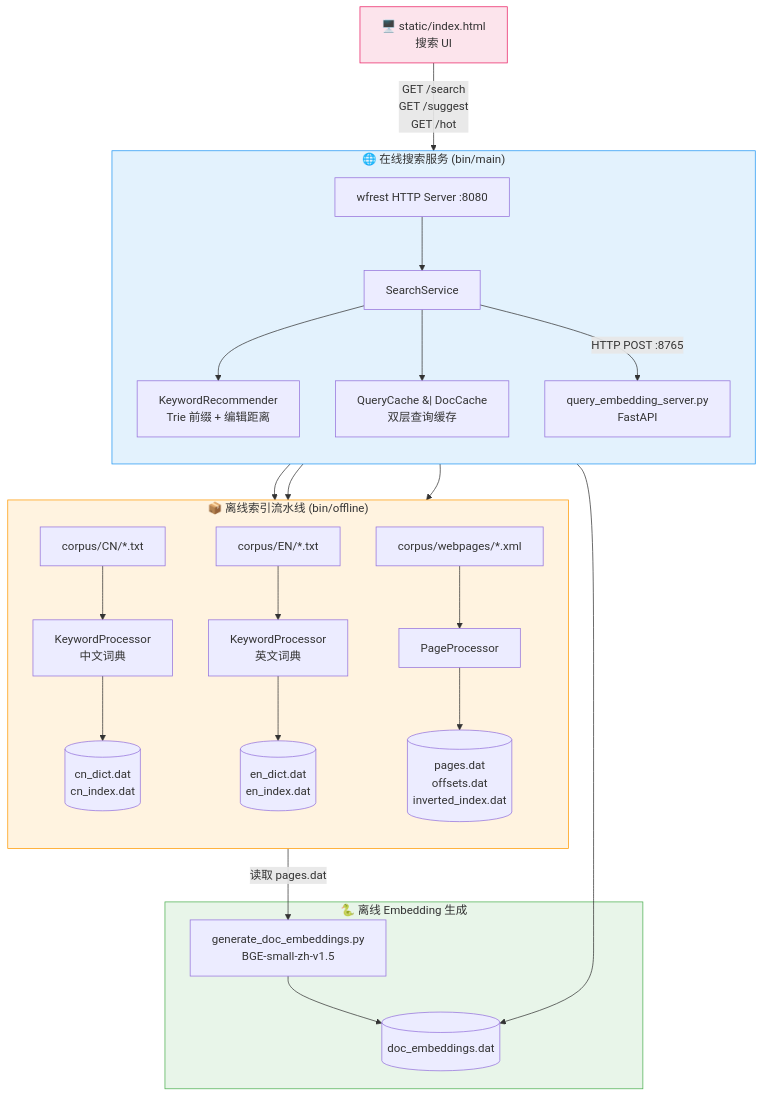
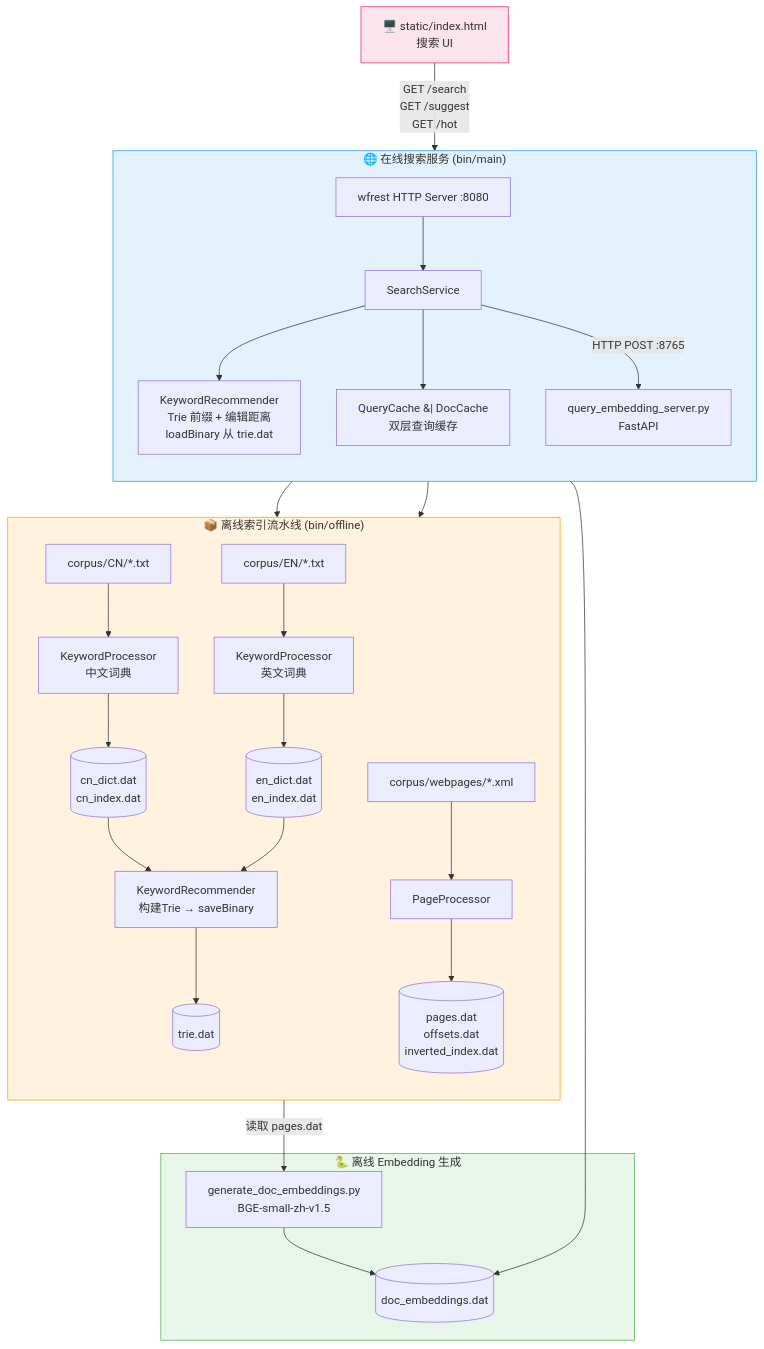
Before and after one commit to 2059217759-arch/search_engine: the first of 3 diagrams in README.md, drawn with Mermaid. The commit also changed other lines of this file and 9 other files, not shown here.

````diff
--- a/README.md
+++ b/README.md
@@ -40,37 +40,39 @@
 ```mermaid
 flowchart TB
     subgraph 离线模块["📦 离线索引流水线 (bin/offline)"]
         direction TB
         A1[corpus/CN/*.txt] --> KP1[KeywordProcessor<br/>中文词典]
         A2[corpus/EN/*.txt] --> KP2[KeywordProcessor<br/>英文词典]
         A3[corpus/webpages/*.xml] --> PP[PageProcessor]
 
         KP1 --> F1[(cn_dict.dat<br/>cn_index.dat)]
         KP2 --> F2[(en_dict.dat<br/>en_index.dat)]
+        F1 --> KR[KeywordRecommender<br/>构建Trie → saveBinary]
+        F2 --> KR
+        KR --> F5[(trie.dat)]
         PP --> F3[(pages.dat<br/>offsets.dat<br/>inverted_index.dat)]
     end
 
     subgraph 离线Embedding["🐍 离线 Embedding 生成"]
         F3 -->|读取 pages.dat| GEN[generate_doc_embeddings.py<br/>BGE-small-zh-v1.5]
         GEN --> F4[(doc_embeddings.dat)]
     end
 
     subgraph 在线模块["🌐 在线搜索服务 (bin/main)"]
         direction TB
         B1[wfrest HTTP Server :8080] --> B2[SearchService]
-        B2 --> B3[KeywordRecommender<br/>Trie 前缀 + 编辑距离]
-        B3 --> F1
-        B3 --> F2
+        B2 --> B3[KeywordRecommender<br/>Trie 前缀 + 编辑距离<br/>loadBinary 从 trie.dat]
+        B3 --> F5
         B2 --> F3
         B2 --> F4
         B2 --> B4[QueryCache &#124; DocCache<br/>双层查询缓存]
         B2 -->|HTTP POST :8765| EMB[query_embedding_server.py<br/>FastAPI]
     end
 
     UI[🖥️ static/index.html<br/>搜索 UI] -->|GET /search<br/>GET /suggest<br/>GET /hot| B1
 
     style 离线模块 fill:#fff3e0,stroke:#ff9800
     style 离线Embedding fill:#e8f5e9,stroke:#4caf50
     style 在线模块 fill:#e3f2fd,stroke:#2196f3
     style UI fill:#fce4ec,stroke:#e91e63
 ```
````
